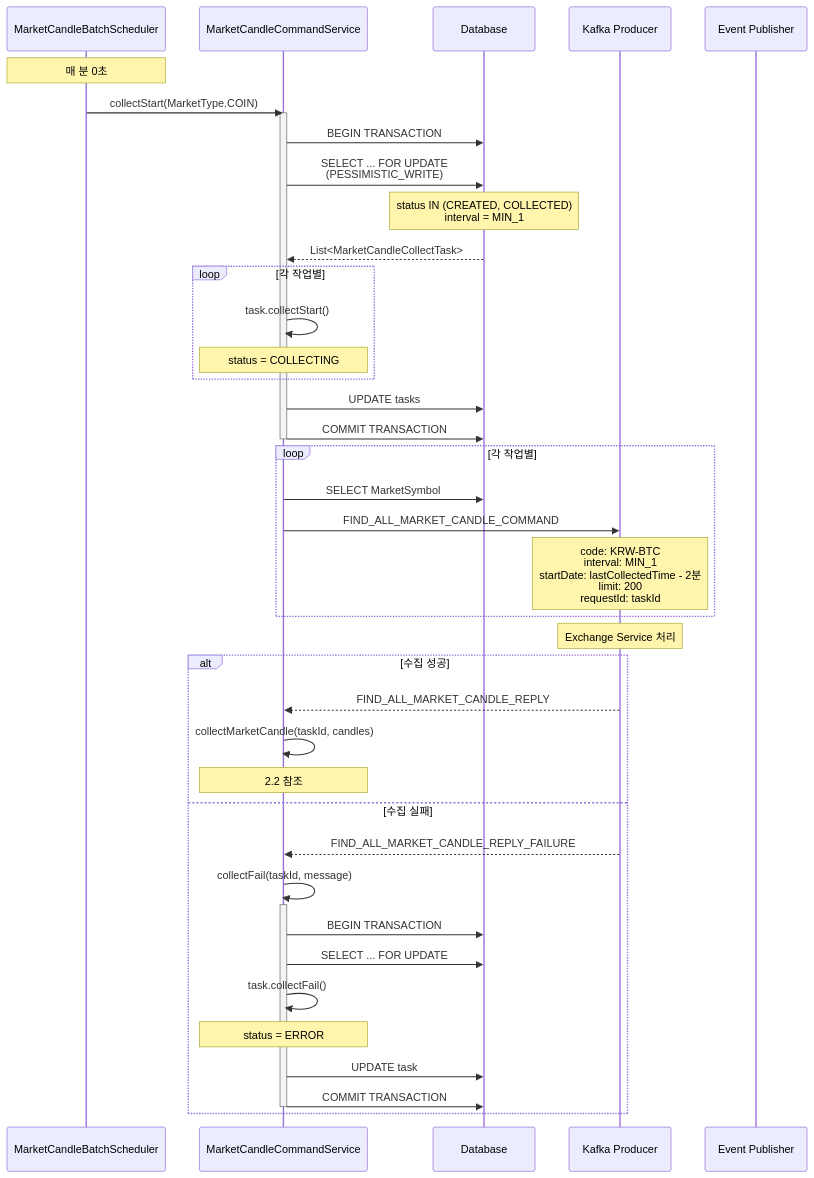
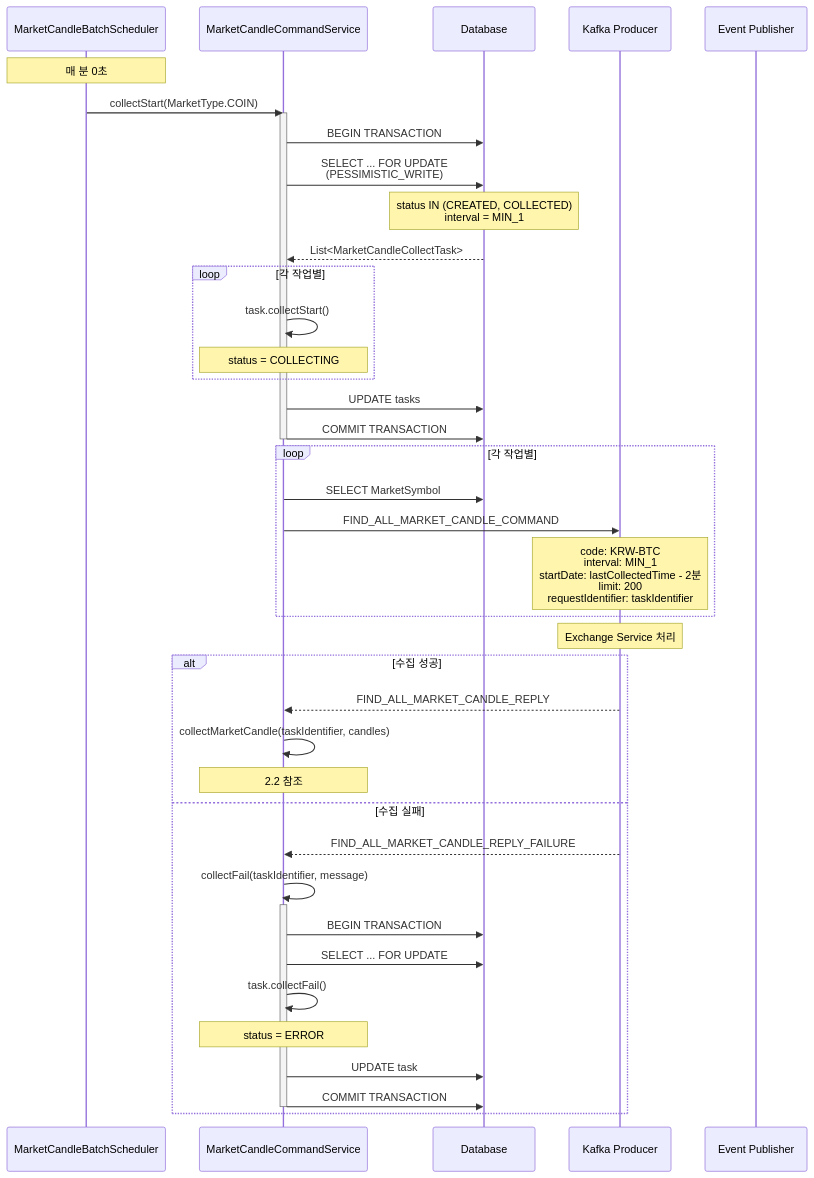
Before and after one commit to Trade-Pilot/.github: the third of 17 diagrams in backend/market/sequence-diagram.md, drawn with Mermaid. The commit also changed other lines of this file and 17 other files, not shown here.

````diff
--- a/backend/market/sequence-diagram.md
+++ b/backend/market/sequence-diagram.md
@@ -87,53 +87,53 @@
 ```mermaid
 sequenceDiagram
     participant Scheduler as MarketCandleBatchScheduler
     participant Service as MarketCandleCommandService
     participant DB as Database
     participant Kafka as Kafka Producer
     participant EventPub as Event Publisher
 
     Note over Scheduler: 매 분 0초
     Scheduler->>Service: collectStart(MarketType.COIN)
 
     activate Service
     Service->>DB: BEGIN TRANSACTION
     Service->>DB: SELECT ... FOR UPDATE<br/>(PESSIMISTIC_WRITE)
     Note over DB: status IN (CREATED, COLLECTED)<br/>interval = MIN_1
 
     DB-->>Service: List<MarketCandleCollectTask>
 
     loop 각 작업별
         Service->>Service: task.collectStart()
         Note over Service: status = COLLECTING
     end
 
     Service->>DB: UPDATE tasks
     Service->>DB: COMMIT TRANSACTION
     deactivate Service
 
     loop 각 작업별
         Service->>DB: SELECT MarketSymbol
         Service->>Kafka: FIND_ALL_MARKET_CANDLE_COMMAND
-        Note over Kafka: code: KRW-BTC<br/>interval: MIN_1<br/>startDate: lastCollectedTime - 2분<br/>limit: 200<br/>requestId: taskId
+        Note over Kafka: code: KRW-BTC<br/>interval: MIN_1<br/>startDate: lastCollectedTime - 2분<br/>limit: 200<br/>requestIdentifier: taskIdentifier
     end
 
     Note over Kafka: Exchange Service 처리
 
     alt 수집 성공
         Kafka-->>Service: FIND_ALL_MARKET_CANDLE_REPLY
-        Service->>Service: collectMarketCandle(taskId, candles)
+        Service->>Service: collectMarketCandle(taskIdentifier, candles)
         Note over Service: 2.2 참조
     else 수집 실패
         Kafka-->>Service: FIND_ALL_MARKET_CANDLE_REPLY_FAILURE
-        Service->>Service: collectFail(taskId, message)
+        Service->>Service: collectFail(taskIdentifier, message)
 
         activate Service
         Service->>DB: BEGIN TRANSACTION
         Service->>DB: SELECT ... FOR UPDATE
         Service->>Service: task.collectFail()
         Note over Service: status = ERROR
         Service->>DB: UPDATE task
         Service->>DB: COMMIT TRANSACTION
         deactivate Service
     end
 ```
````
